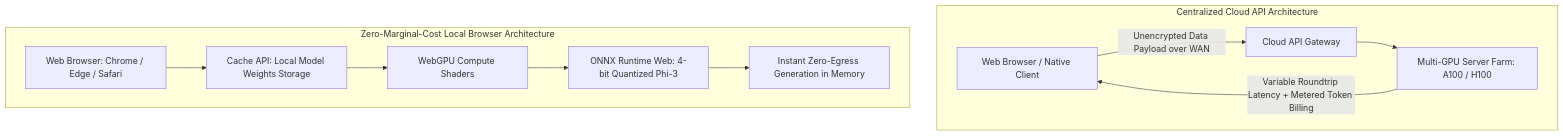
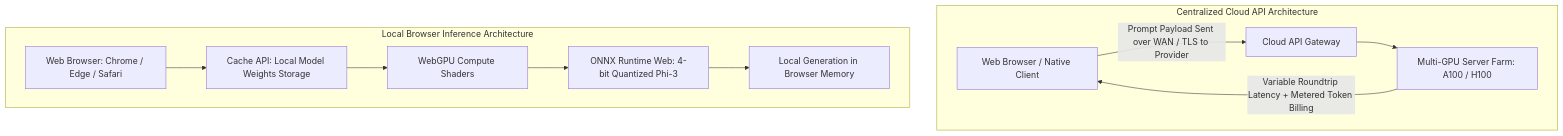
One commit to akillness/akillness.github.io changed the first of 4 diagrams in _posts/2024/05/2024-05-08-phi3-webgpu.md. Above: the diagram before and after it, drawn with Mermaid. The commit also changed other lines of this file, not shown here.

````diff
--- a/_posts/2024/05/2024-05-08-phi3-webgpu.md
+++ b/_posts/2024/05/2024-05-08-phi3-webgpu.md
@@ -17,16 +26,16 @@
 ```mermaid
 graph TD
     subgraph CloudAPIEconomics["Centralized Cloud API Architecture"]
-        Client1[Web Browser / Native Client] -->|Unencrypted Data Payload over WAN| CloudGW[Cloud API Gateway]
+        Client1[Web Browser / Native Client] -->|Prompt Payload Sent over WAN / TLS to Provider| CloudGW[Cloud API Gateway]
         CloudGW --> Cluster[Multi-GPU Server Farm: A100 / H100]
         Cluster -->|Variable Roundtrip Latency + Metered Token Billing| Client1
     end
 
-    subgraph WebGPULocalInference["Zero-Marginal-Cost Local Browser Architecture"]
+    subgraph WebGPULocalInference["Local Browser Inference Architecture"]
         Client2[Web Browser: Chrome / Edge / Safari]
         Client2 --> Cache[Cache API: Local Model Weights Storage]
         Cache --> WG[WebGPU Compute Shaders]
         WG --> ONNX[ONNX Runtime Web: 4-bit Quantized Phi-3]
-        ONNX --> Output[Instant Zero-Egress Generation in Memory]
+        ONNX --> Output[Local Generation in Browser Memory]
     end
 ```
````
